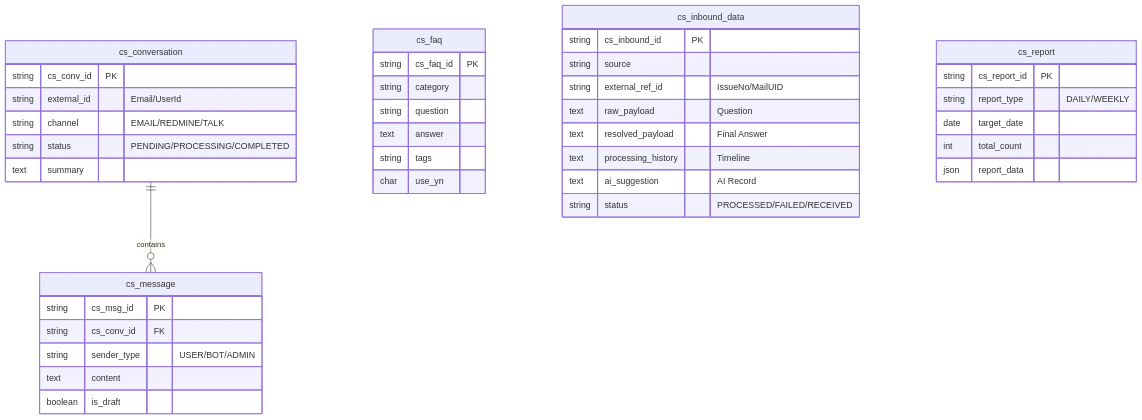
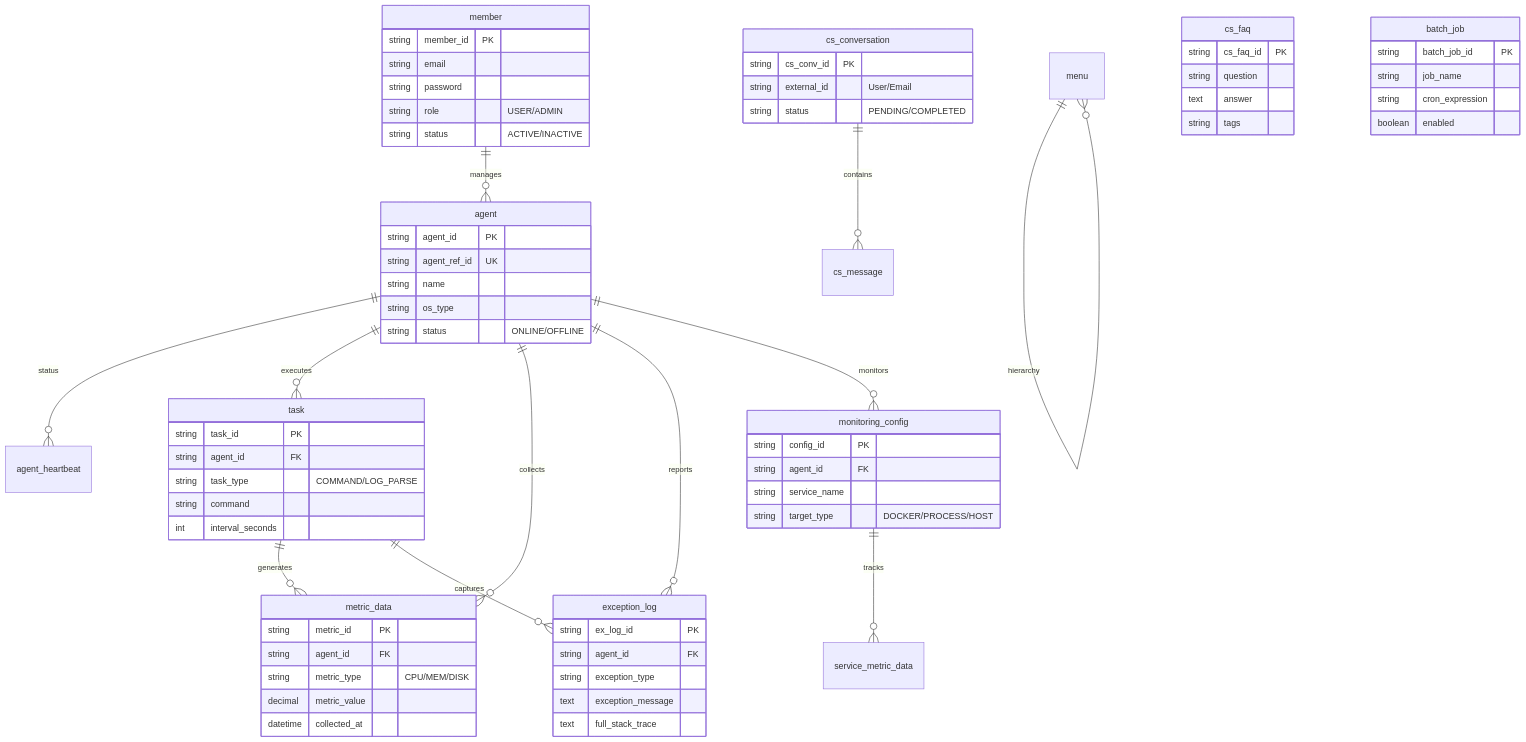
One commit to ledmega/mega changed the diagram in docs/DATABASE_DESIGN_GUIDE.md. Above: the diagram before and after it, drawn with Mermaid. The commit also changed other lines of this file, not shown here.

Commit message:
Docs: Expand Database Design Guide with Full ERD and Module-specific diagrams

````diff
--- a/docs/DATABASE_DESIGN_GUIDE.md
+++ b/docs/DATABASE_DESIGN_GUIDE.md
@@ -18,43 +11,88 @@
 ```mermaid
 erDiagram
+    %% Core & Monitoring Module
+    member ||--o{ agent : "manages"
+    agent ||--o{ agent_heartbeat : "status"
+    agent ||--o{ task : "executes"
+    agent ||--o{ metric_data : "collects"
+    agent ||--o{ exception_log : "reports"
+    agent ||--o{ monitoring_config : "monitors"
+    
+    %% Task & Service Module
+    task ||--o{ metric_data : "generates"
+    task ||--o{ exception_log : "captures"
+    monitoring_config ||--o{ service_metric_data : "tracks"
+    
+    %% CS AI Module
     cs_conversation ||--o{ cs_message : "contains"
+    
+    %% UI & Menu
+    menu ||--o{ menu : "hierarchy"
+
+    member {
+        string member_id PK
+        string email
+        string password
+        string role "USER/ADMIN"
+        string status "ACTIVE/INACTIVE"
+    }
+
+    agent {
+        string agent_id PK
+        string agent_ref_id UK
+        string name
+        string os_type
+        string status "ONLINE/OFFLINE"
+    }
+
+    task {
+        string task_id PK
+        string agent_id FK
+        string task_type "COMMAND/LOG_PARSE"
+        string command
+        int interval_seconds
+    }
+
+    metric_data {
+        string metric_id PK
+        string agent_id FK
+        string metric_type "CPU/MEM/DISK"
+        decimal metric_value
+        datetime collected_at
+    }
+
+    exception_log {
+        string ex_log_id PK
+        string agent_id FK
+        string exception_type
+        text exception_message
+        text full_stack_trace
+    }
+
+    monitoring_config {
+        string config_id PK
+        string agent_id FK
+        string service_name
+        string target_type "DOCKER/PROCESS/HOST"
+    }
+
+    cs_conversation {
+        string cs_conv_id PK
+        string external_id "User/Email"
+        string status "PENDING/COMPLETED"
+    }
+
     cs_faq {
         string cs_faq_id PK
-        string category
         string question
         text answer
         string tags
-        char use_yn
     }
-    cs_conversation {
-        string cs_conv_id PK
-        string external_id "Email/UserId"
-        string channel "EMAIL/REDMINE/TALK"
-        string status "PENDING/PROCESSING/COMPLETED"
-        text summary
-    }
-    cs_message {
-        string cs_msg_id PK
-        string cs_conv_id FK
-        string sender_type "USER/BOT/ADMIN"
-        text content
-        boolean is_draft
-    }
-    cs_inbound_data {
-        string cs_inbound_id PK
-        string source
-        string external_ref_id "IssueNo/MailUID"
-        text raw_payload "Question"
-        text resolved_payload "Final Answer"
-        text processing_history "Timeline"
-        text ai_suggestion "AI Record"
-        string status "PROCESSED/FAILED/RECEIVED"
-    }
-    cs_report {
-        string cs_report_id PK
-        string report_type "DAILY/WEEKLY"
-        date target_date
-        int total_count
-        json report_data
+
+    batch_job {
+        string batch_job_id PK
+        string job_name
+        string cron_expression
+        boolean enabled
     }
 ```
````
